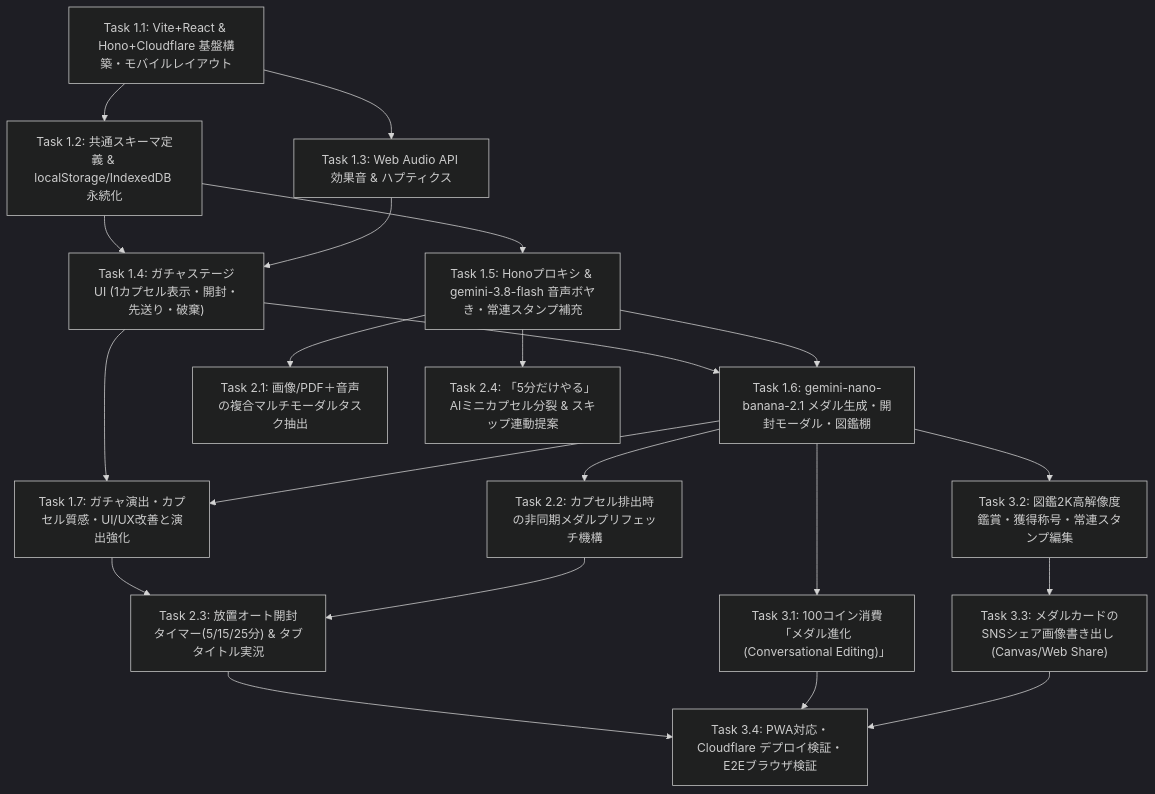
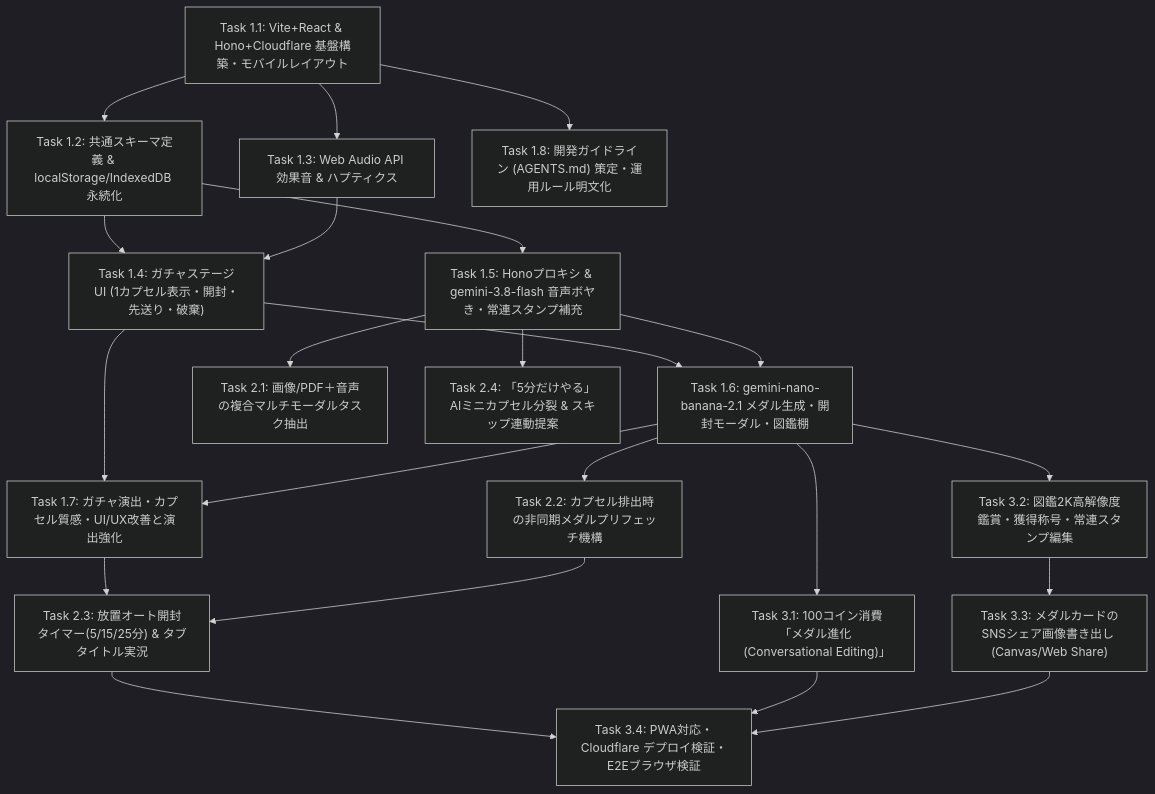
The diagram in tasks/plan.md (yharuto0917/capsule-tasks), drawn with Mermaid (dark theme) before and after one commit. The commit also changed other lines of this file and 1 other file, not shown here.

First line of the commit message:
docs(plan): Phase 1にTask 1.8（AGENTS.md策定）を追記

````diff
--- a/tasks/plan.md
+++ b/tasks/plan.md
@@ -109,25 +109,26 @@
 ```mermaid
 flowchart TD
     T1_1["Task 1.1: Vite+React & Hono+Cloudflare 基盤構築・モバイルレイアウト"] --> T1_2["Task 1.2: 共通スキーマ定義 & localStorage/IndexedDB 永続化"]
     T1_1 --> T1_3["Task 1.3: Web Audio API 効果音 & ハプティクス"]
     T1_2 --> T1_4["Task 1.4: ガチャステージUI (1カプセル表示・開封・先送り・破棄)"]
     T1_3 --> T1_4
     T1_2 --> T1_5["Task 1.5: Honoプロキシ & gemini-3.8-flash 音声ボヤき・常連スタンプ補充"]
     T1_4 --> T1_6["Task 1.6: gemini-nano-banana-2.1 メダル生成・開封モーダル・図鑑棚"]
     T1_5 --> T1_6
     T1_4 --> T1_7["Task 1.7: ガチャ演出・カプセル質感・UI/UX改善と演出強化"]
     T1_6 --> T1_7
+    T1_1 --> T1_8["Task 1.8: 開発ガイドライン (AGENTS.md) 策定・運用ルール明文化"]
 
     T1_5 --> T2_1["Task 2.1: 画像/PDF＋音声の複合マルチモーダルタスク抽出"]
     T1_6 --> T2_2["Task 2.2: カプセル排出時の非同期メダルプリフェッチ機構"]
     T1_7 --> T2_3["Task 2.3: 放置オート開封タイマー(5/15/25分) & タブタイトル実況"]
     T2_2 --> T2_3
     T1_5 --> T2_4["Task 2.4: 「5分だけやる」AIミニカプセル分裂 & スキップ連動提案"]
 
     T1_6 --> T3_1["Task 3.1: 100コイン消費「メダル進化 (Conversational Editing)」"]
     T1_6 --> T3_2["Task 3.2: 図鑑2K高解像度鑑賞・獲得称号・常連スタンプ編集"]
     T3_2 --> T3_3["Task 3.3: メダルカードのSNSシェア画像書き出し (Canvas/Web Share)"]
     T2_3 --> T3_4["Task 3.4: PWA対応・Cloudflare デプロイ検証・E2Eブラウザ検証"]
     T3_1 --> T3_4
     T3_3 --> T3_4
 ```
````
